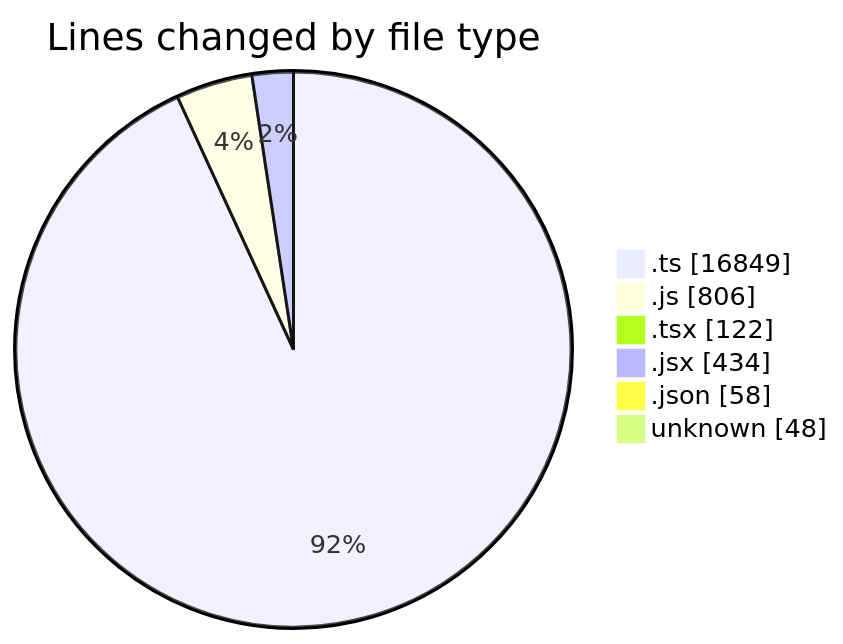
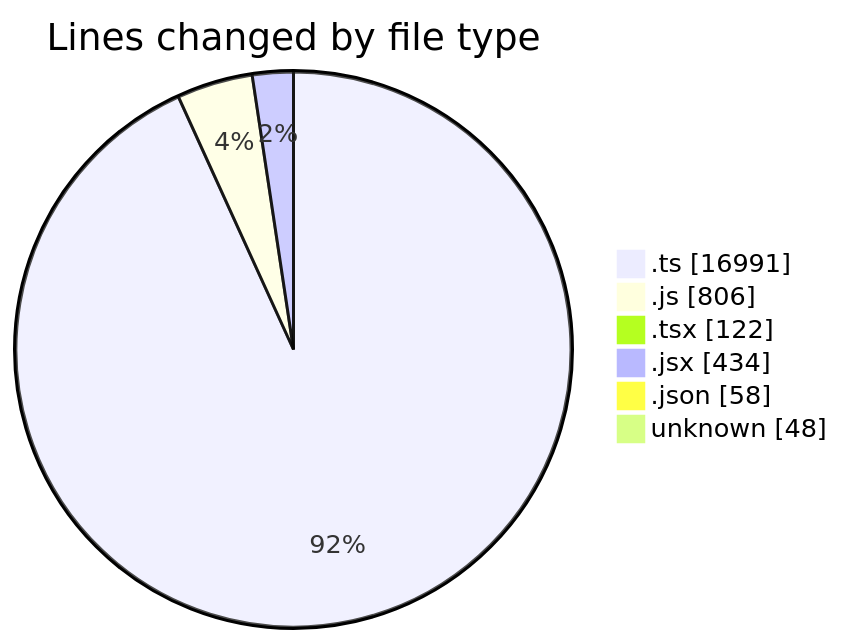
The first of 2 diagrams in 2025-11-12/cda/README.md (momahboobian/code-tracking), drawn with Mermaid before and after one commit. The commit also changed other lines of this file and 1 other file, not shown here.

````diff
--- a/2025-11-12/cda/README.md
+++ b/2025-11-12/cda/README.md
@@ -35,10 +36,10 @@
 ```mermaid
 pie showData
 title Lines changed by file type
-".ts" : 16849
+".ts" : 16991
 ".js" : 806
 ".tsx" : 122
 ".jsx" : 434
 ".json" : 58
 "unknown" : 48
 ```
````
